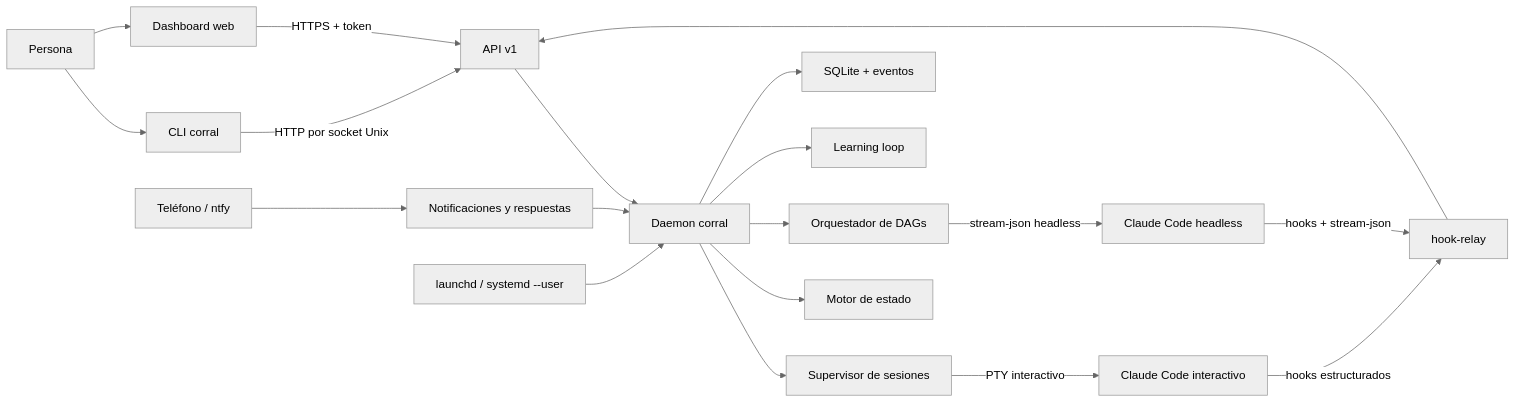
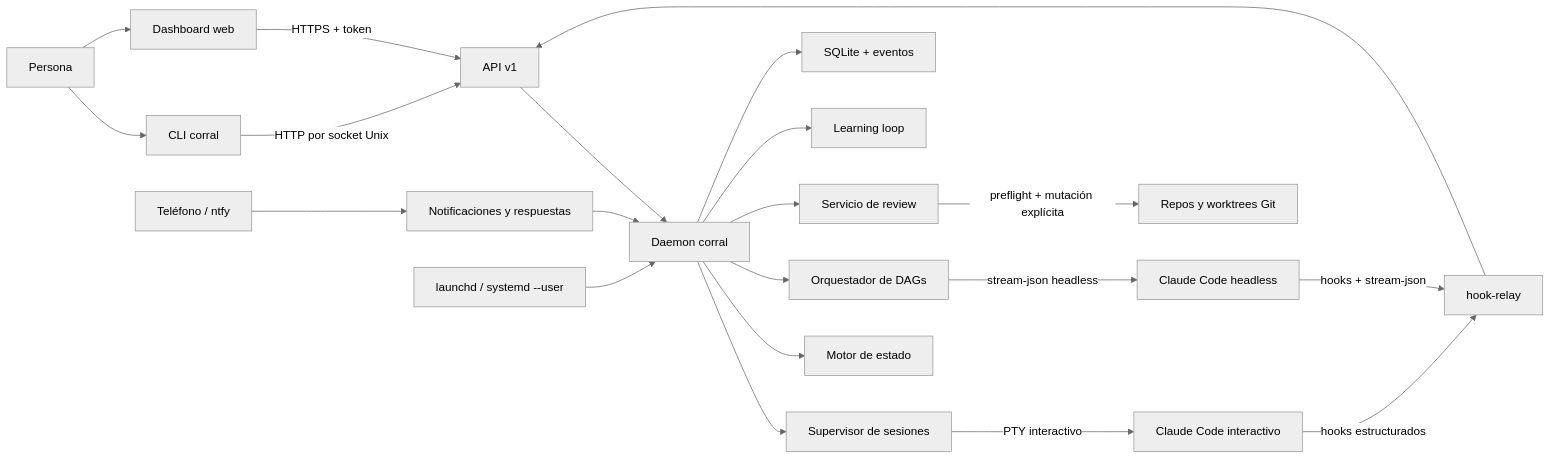
Before and after one commit to djbu/corral: the first of 3 diagrams in docs/manual/ARQUITECTURA.md, drawn with Mermaid (neutral theme). The commit also changed other lines of this file and 35 other files, not shown here.

````diff
--- a/docs/manual/ARQUITECTURA.md
+++ b/docs/manual/ARQUITECTURA.md
@@ -22,24 +22,26 @@
 ```mermaid
 flowchart LR
     Human["Persona"] --> CLI["CLI corral"]
     Human --> Web["Dashboard web"]
     Phone["Teléfono / ntfy"] --> Notify["Notificaciones y respuestas"]
 
     CLI -->|"HTTP por socket Unix"| API["API v1"]
     Web -->|"HTTPS + token"| API
     Notify --> Daemon["Daemon corral"]
     API --> Daemon
     UserMgr["launchd / systemd --user"] --> Daemon
 
     Daemon --> Supervisor["Supervisor de sesiones"]
     Daemon --> State["Motor de estado"]
     Daemon --> Orch["Orquestador de DAGs"]
+    Daemon --> Review["Servicio de review"]
     Daemon --> Learn["Learning loop"]
     Daemon --> DB["SQLite + eventos"]
 
     Supervisor -->|"PTY interactivo"| ClaudeI["Claude Code interactivo"]
     Orch -->|"stream-json headless"| ClaudeH["Claude Code headless"]
+    Review -->|"preflight + mutación explícita"| Git["Repos y worktrees Git"]
     ClaudeI -->|"hooks estructurados"| Relay["hook-relay"]
     ClaudeH -->|"hooks + stream-json"| Relay
     Relay --> API
 ```
````
